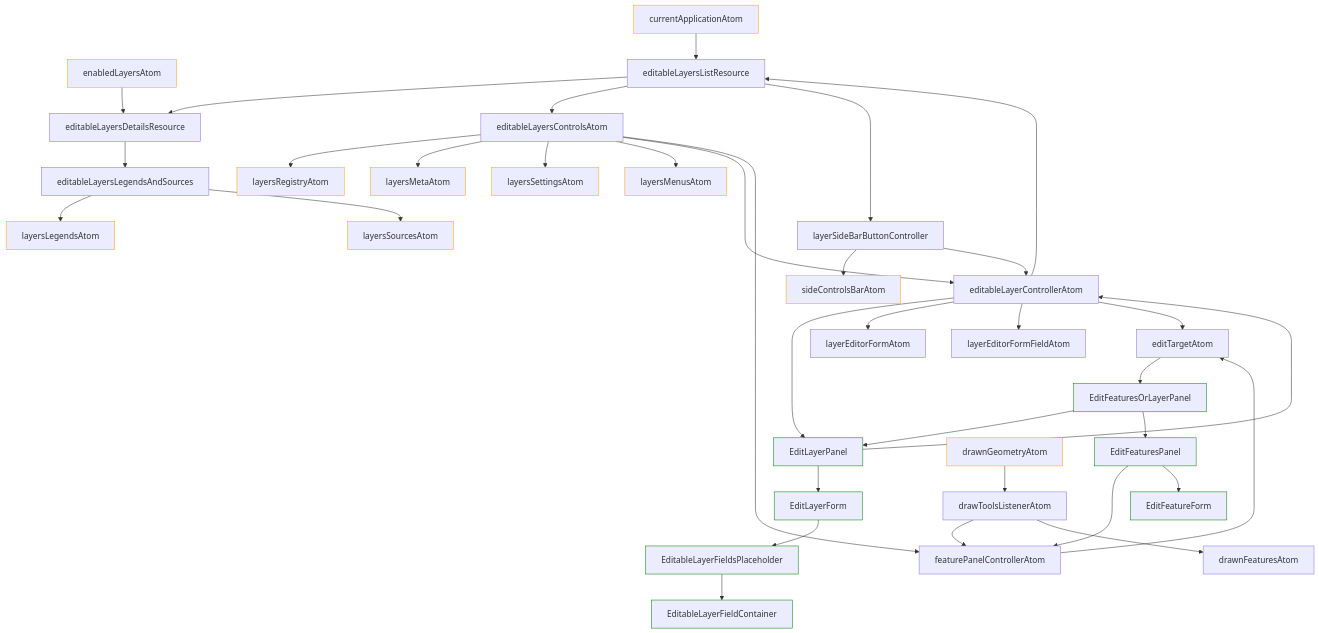
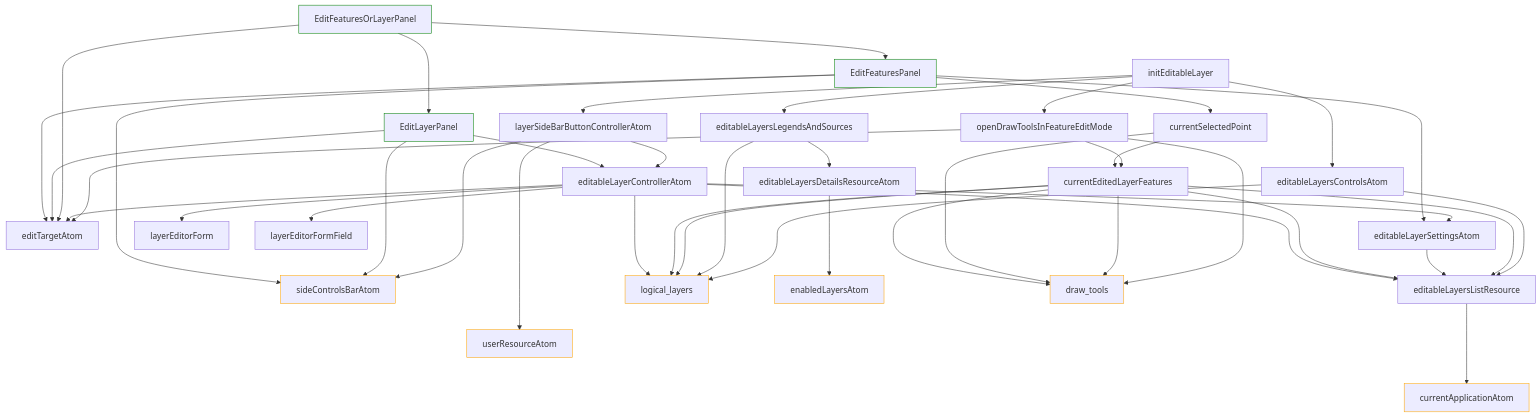
The diagram in src/features/create_layer/readme.md (konturio/disaster-ninja-fe), drawn with Mermaid before and after one commit. The commit also changed other lines of this file and 7 other files, not shown here.

````diff
--- a/src/features/create_layer/readme.md
+++ b/src/features/create_layer/readme.md
@@ -16,43 +69,54 @@
 ```mermaid
 flowchart TD
   classDef coreAtom stroke:orange;
   classDef View stroke:green;
 
-  enabledLayersAtom:::coreAtom --> editableLayersDetailsResource
-  editableLayersListResource --> editableLayersDetailsResource
-  editableLayersDetailsResource --> editableLayersLegendsAndSources
-  currentApplicationAtom:::coreAtom --> editableLayersListResource
-  editableLayersLegendsAndSources --> layersLegendsAtom:::coreAtom
-  editableLayersLegendsAndSources --> layersSourcesAtom:::coreAtom
-  editableLayersListResource --> editableLayersControlsAtom
-  editableLayersControlsAtom --> layersRegistryAtom:::coreAtom
-  editableLayersControlsAtom --> layersMetaAtom:::coreAtom
-  editableLayersControlsAtom --> layersSettingsAtom:::coreAtom
-  editableLayersControlsAtom --> layersMenusAtom:::coreAtom
-  editableLayersListResource --> layerSideBarButtonController
-  layerSideBarButtonController --> sideControlsBarAtom:::coreAtom
-  layerSideBarButtonController --> editableLayerControllerAtom
-  editableLayersControlsAtom ----> editableLayerControllerAtom
-  %% Sub features switch
-  editTargetAtom --> EditFeaturesOrLayerPanel:::View
-  EditFeaturesOrLayerPanel --> EditLayerPanel:::View
-  EditFeaturesOrLayerPanel --> EditFeaturesPanel:::View
-  %% Edit Layer
-  EditLayerPanel --> editableLayerControllerAtom
-  editableLayerControllerAtom --> EditLayerPanel
-  EditLayerPanel --> EditLayerForm:::View
-  EditLayerForm  --> EditableLayerFieldsPlaceholder:::View
-  EditableLayerFieldsPlaceholder --> EditableLayerFieldContainer:::View
-  editableLayerControllerAtom --> layerEditorFormAtom
-  editableLayerControllerAtom --> layerEditorFormFieldAtom
+  initEditableLayer --> layerSideBarButtonControllerAtom
+  initEditableLayer --> editableLayersControlsAtom
+  initEditableLayer --> editableLayersLegendsAndSources
+  initEditableLayer --> openDrawToolsInFeatureEditMode
+
+  layerSideBarButtonControllerAtom -----> userResourceAtom:::coreAtom
+  layerSideBarButtonControllerAtom ----> sideControlsBarAtom:::coreAtom
+  layerSideBarButtonControllerAtom --> editableLayerControllerAtom
+
+  editableLayersControlsAtom --> editableLayersListResource
+  editableLayersControlsAtom ---> logical_layers:::coreAtom
+  editableLayersLegendsAndSources ---> logical_layers:::coreAtom
+  editableLayersLegendsAndSources --> editableLayersDetailsResourceAtom
+  editableLayersListResource ---> currentApplicationAtom:::coreAtom
+  editableLayersDetailsResourceAtom ---> enabledLayersAtom:::coreAtom
+  openDrawToolsInFeatureEditMode ---> editTargetAtom
+  openDrawToolsInFeatureEditMode ---> draw_tools:::coreAtom
+  openDrawToolsInFeatureEditMode --> currentEditedLayerFeatures
+  currentEditedLayerFeatures --> editableLayersListResource
+  currentEditedLayerFeatures ---> logical_layers:::coreAtom
+  currentEditedLayerFeatures ---> draw_tools:::coreAtom
+  editableLayerSettingsAtom --> editableLayersListResource
+  currentSelectedPoint ---> draw_tools:::coreAtom
+  currentSelectedPoint --> currentEditedLayerFeatures
+  currentEditedLayerFeatures ---> draw_tools:::coreAtom
+  currentEditedLayerFeatures ---> logical_layers:::coreAtom
+  currentEditedLayerFeatures ---> editableLayersListResource
+  editableLayerControllerAtom ---> logical_layers:::coreAtom
+  editableLayerControllerAtom --> layerEditorForm
+  editableLayerControllerAtom --> layerEditorFormField
+  editableLayerControllerAtom --> editableLayerSettingsAtom
+  editableLayerControllerAtom --> editTargetAtom
   editableLayerControllerAtom --> editableLayersListResource
-  editableLayerControllerAtom --> editTargetAtom
-  %% Edit Features
-  editableLayersControlsAtom --> featurePanelControllerAtom
-  EditFeaturesPanel:::View ---> featurePanelControllerAtom
-  featurePanelControllerAtom --> editTargetAtom
-  EditFeaturesPanel --> EditFeatureForm:::View
-  drawToolsListenerAtom --> featurePanelControllerAtom
-  drawnGeometryAtom:::coreAtom --> drawToolsListenerAtom
-  drawToolsListenerAtom --> drawnFeaturesAtom
+
+  EditFeaturesOrLayerPanel:::View ---> editTargetAtom
+  EditFeaturesOrLayerPanel:::View --> EditLayerPanel:::View
+  EditFeaturesOrLayerPanel:::View --> EditFeaturesPanel:::View
+
+  %% Edit layer View
+  EditLayerPanel:::View --> editableLayerControllerAtom
+  EditLayerPanel:::View ---> sideControlsBarAtom:::coreAtom
+  EditLayerPanel:::View ---> editTargetAtom
+
+  %% Edit feature View
+  EditFeaturesPanel:::View --> currentSelectedPoint
+  EditFeaturesPanel:::View ---> editTargetAtom
+  EditFeaturesPanel:::View --> editableLayerSettingsAtom
+  EditFeaturesPanel:::View ---> sideControlsBarAtom:::coreAtom
 ```
````
